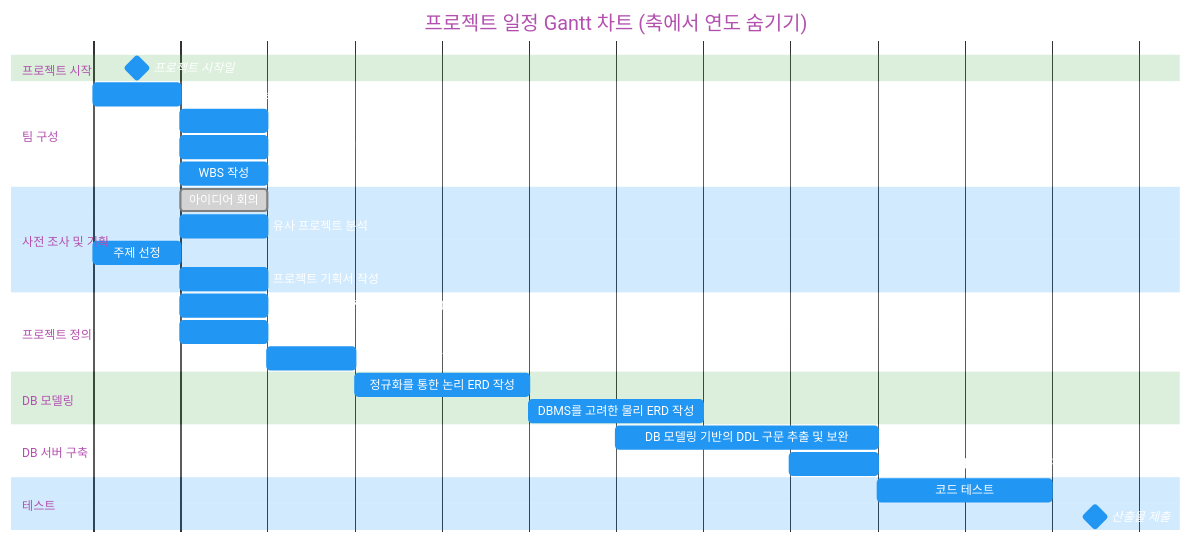
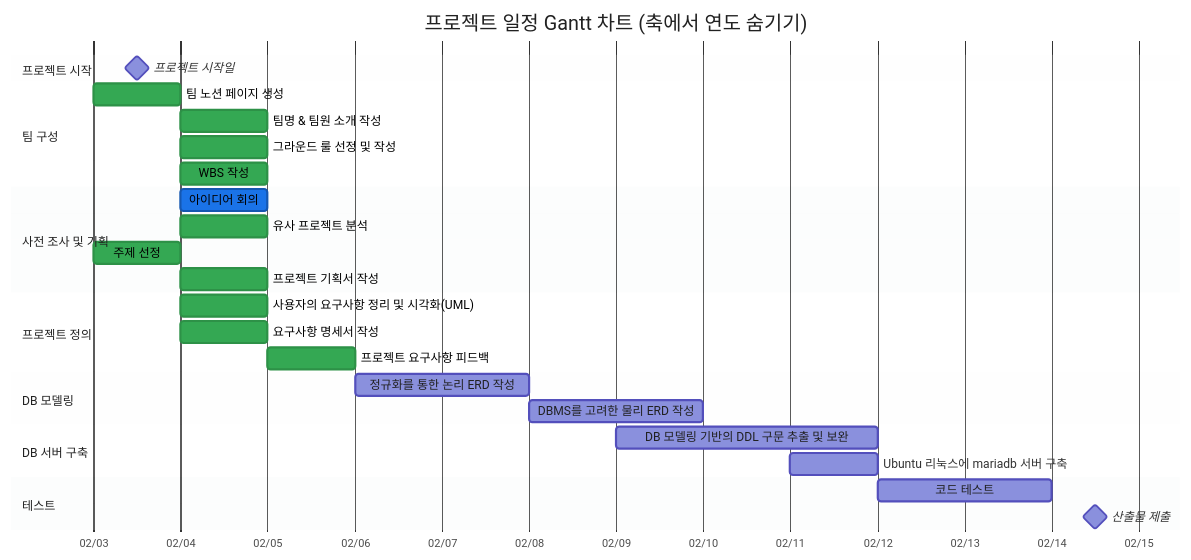
The diagram in gannt.md (64etuor/beyond15th-project-preparation), drawn with Mermaid before and after one commit.

Commit message:
posts updated

````diff
--- a/gannt.md
+++ b/gannt.md
@@ -3,50 +3,59 @@
 ```mermaid
 %%{init: {
-  'theme': 'base',
+  'theme': 'default',
   'themeVariables': {
-    'primaryColor': '#2196f3',
+    'primaryColor': '#4285f4',
     'primaryTextColor': '#fff',
-    'primaryBorderColor': '#2196f3',
-    'lineColor': '#2196f3',
-    'secondaryColor': '#ff9800',
-    'tertiaryColor': '#4caf50'
+    'primaryBorderColor': '#4285f4',
+    'lineColor': '#9e9e9e',
+    'textColor': '#212121',
+    'taskTextColor': '#212121',
+    'taskTextOutsideColor': '#333',
+    'sectionBkgColor': '#f8f9fa',
+    'sectionBkgColor2': '#f1f3f4',
+    'activeTaskBkgColor': '#34a853',
+    'activeTaskBorderColor': '#2d9147',
+    'doneTaskBkgColor': '#1a73e8',
+    'doneTaskBorderColor': '#1557b0',
+    'gridColor': '#e0e0e0',
+    'todayLineColor': '#ea4335'
   }
 }}%%
 
 gantt
 dateFormat  YYYY-MM-DD
 axisFormat  %m/%d
 title 프로젝트 일정 Gantt 차트 (축에서 연도 숨기기)
 
 section 프로젝트 시작
-프로젝트 시작일 :milestone, 2025-02-03, 1d
+프로젝트 시작일 :milestone, m1, 2025-02-03, 1d
 
 section 팀 구성
-팀 노션 페이지 생성       :2025-02-03, 1d
-팀명 & 팀원 소개 작성     :2025-02-04, 1d
-그라운드 룰 선정 및 작성  :2025-02-04, 1d
-WBS 작성                :2025-02-04, 1d
+팀 노션 페이지 생성       :active, 2025-02-03, 1d
+팀명 & 팀원 소개 작성     :active, 2025-02-04, 1d
+그라운드 룰 선정 및 작성  :active, 2025-02-04, 1d
+WBS 작성                :active, 2025-02-04, 1d
 
 section 사전 조사 및 기획
 아이디어 회의            :done, 2025-02-04, 1d
-유사 프로젝트 분석       :2025-02-04, 1d
-주제 선정               :2025-02-03, 1d
-프로젝트 기획서 작성     :2025-02-04, 1d
+유사 프로젝트 분석       :active, 2025-02-04, 1d
+주제 선정               :active, 2025-02-03, 1d
+프로젝트 기획서 작성     :active, 2025-02-04, 1d
 
 section 프로젝트 정의
-사용자의 요구사항 정리 및 시각화(UML) :2025-02-04, 1d
-요구사항 명세서 작성                 :2025-02-04, 1d
-프로젝트 요구사항 피드백            :2025-02-05, 1d
+사용자의 요구사항 정리 및 시각화(UML) :active, 2025-02-04, 1d
+요구사항 명세서 작성                 :active, 2025-02-04, 1d
+프로젝트 요구사항 피드백            :active, 2025-02-05, 1d
 
 section DB 모델링
 정규화를 통한 논리 ERD 작성          :2025-02-06, 2025-02-08
 DBMS를 고려한 물리 ERD 작성         :2025-02-08, 2025-02-10
 
 section DB 서버 구축
 DB 모델링 기반의 DDL 구문 추출 및 보완 :2025-02-09, 2025-02-12
 Ubuntu 리눅스에 mariadb 서버 구축     :2025-02-11, 2025-02-12
 
-Section 테스트
+section 테스트
 코드 테스트                  :2025-02-12, 2025-02-14
-산출물 제출             :milestone, 2025-02-14, 1d
+산출물 제출             :milestone, m2, 2025-02-14, 1d
 ```
````
